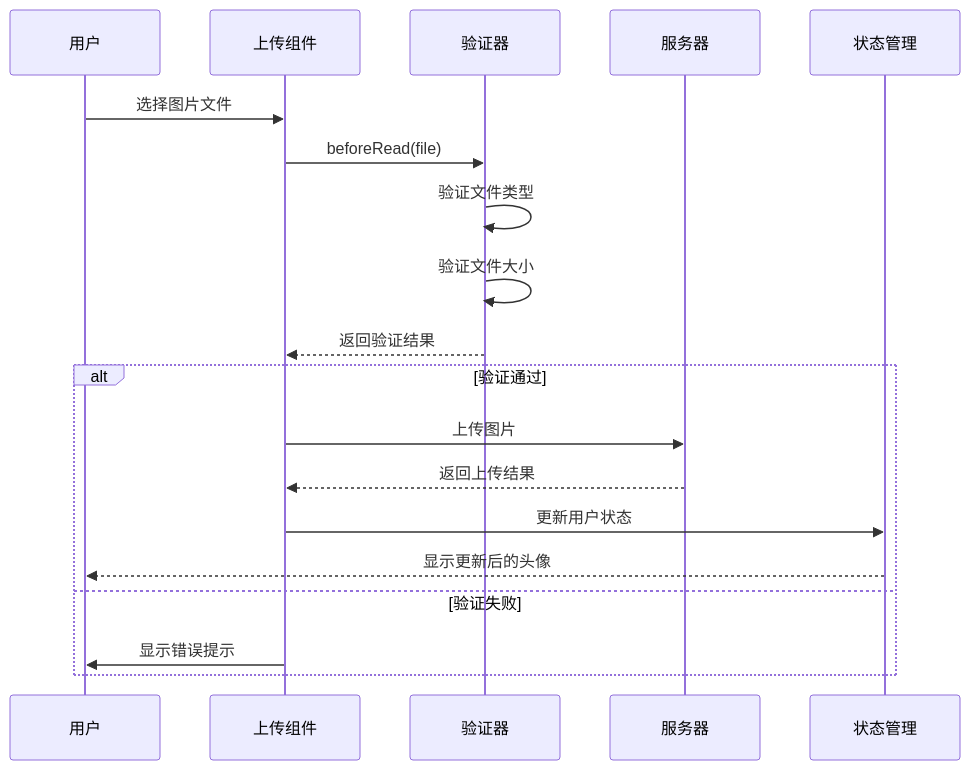
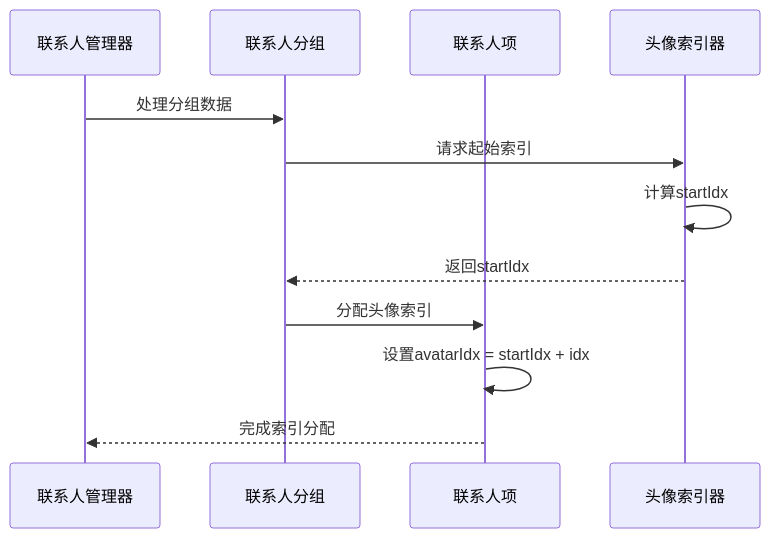
The sixth of 10 diagrams in .qoder/repowiki/zh/content/核心系统/头像管理系统.md (giserman001/vue3-vant4-mobile), drawn with Mermaid before and after one commit. The commit also changed other lines of this file and 1 other file, not shown here.

First line of the commit message:
feat(address): 完善头像索引管理与图片预加载机制

````diff
--- a/.qoder/repowiki/zh/content/核心系统/头像管理系统.md
+++ b/.qoder/repowiki/zh/content/核心系统/头像管理系统.md
@@ -214,21 +246,14 @@
 ```mermaid
 sequenceDiagram
-participant U as 用户
-participant UI as 上传组件
-participant V as 验证器
-participant S as 服务器
-participant ST as 状态管理
-U->>UI : 选择图片文件
-UI->>V : beforeRead(file)
-V->>V : 验证文件类型
-V->>V : 验证文件大小
-V-->>UI : 返回验证结果
-alt 验证通过
-UI->>S : 上传图片
-S-->>UI : 返回上传结果
-UI->>ST : 更新用户状态
-ST-->>U : 显示更新后的头像
-else 验证失败
-UI->>U : 显示错误提示
-end
+participant CM as 联系人管理器
+participant CG as 联系人分组
+participant CI as 联系人项
+participant AI as 头像索引器
+CM->>CG : 处理分组数据
+CG->>AI : 请求起始索引
+AI->>AI : 计算startIdx
+AI-->>CG : 返回startIdx
+CG->>CI : 分配头像索引
+CI->>CI : 设置avatarIdx = startIdx + idx
+CI-->>CM : 完成索引分配
 ```
````
